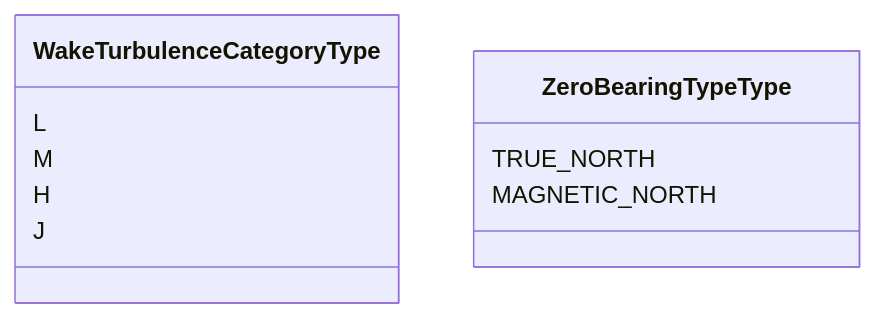
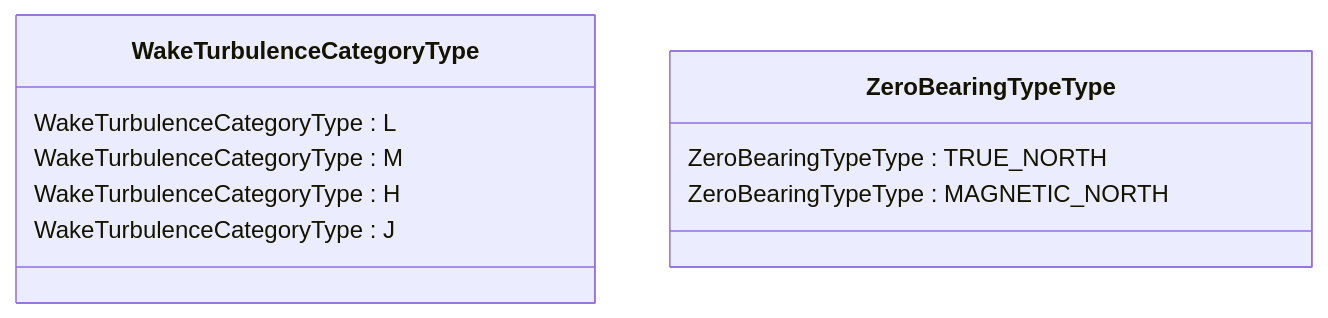
Before and after one commit to du-lapin/test_docsify: the fourth of 4 diagrams in docs/fixm/FIXM_UML_in_mermaid.md, drawn with Mermaid. The commit also changed other lines of this file, not shown here.

````diff
--- a/docs/fixm/FIXM_UML_in_mermaid.md
+++ b/docs/fixm/FIXM_UML_in_mermaid.md
@@ -43,9 +43,13 @@
 ```mermaid
 classDiagram
+class WakeTurbulenceCategoryType{	
 WakeTurbulenceCategoryType : L	
 WakeTurbulenceCategoryType : M	
 WakeTurbulenceCategoryType : H	
 WakeTurbulenceCategoryType : J	
+}	
+class ZeroBearingTypeType{	
 ZeroBearingTypeType : TRUE_NORTH	
 ZeroBearingTypeType : MAGNETIC_NORTH	
+}	
 ```
````
